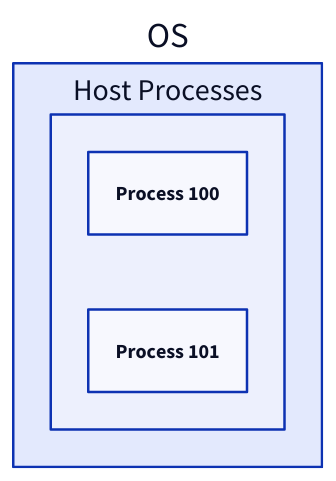
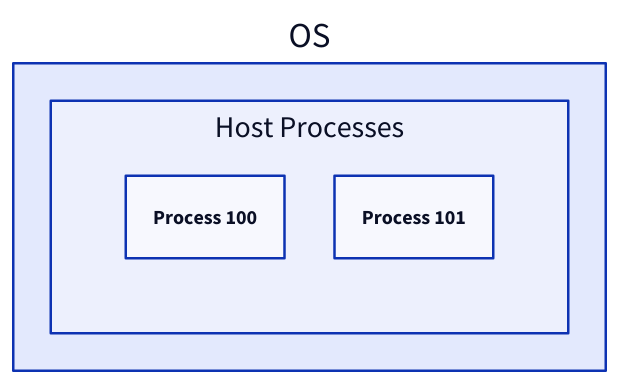
The eighth of 26 diagrams in content/docs/system-administration/system-deployment/containerization.md (link1905/system-design-101), drawn with D2 before and after one commit. The commit also changed other lines of this file and 21 other files, not shown here.

````diff
--- a/content/docs/system-administration/system-deployment/containerization.md
+++ b/content/docs/system-administration/system-deployment/containerization.md
@@ -265,13 +278,14 @@
 ```d2
 direction: right
 OS {
   rp: Host Processes {
+    grid-rows: 1
     p1: Process 100 {
         class: process
     }
     p2: Process 101 {
         class: process
     }
   }
 }
 ```
````
